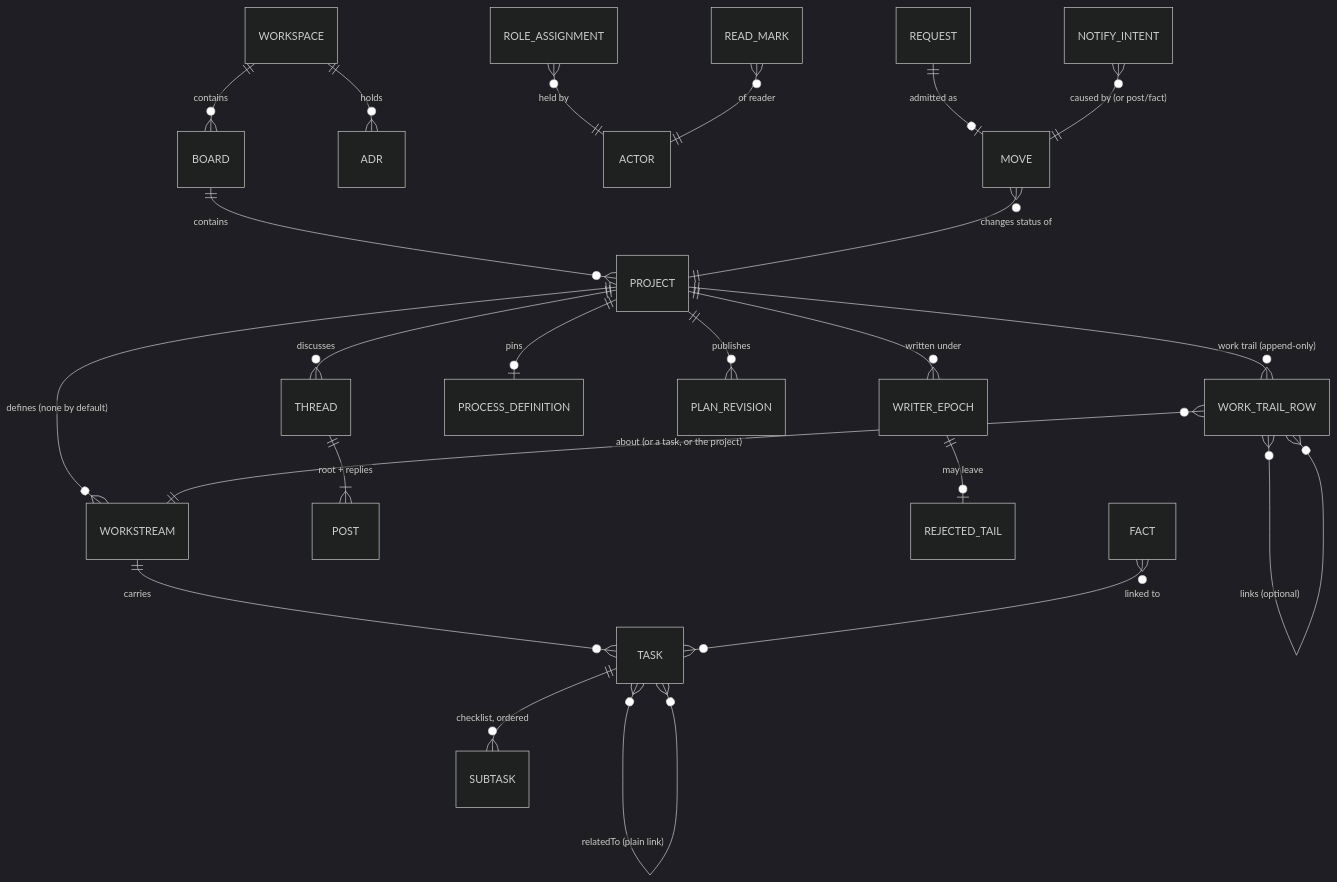
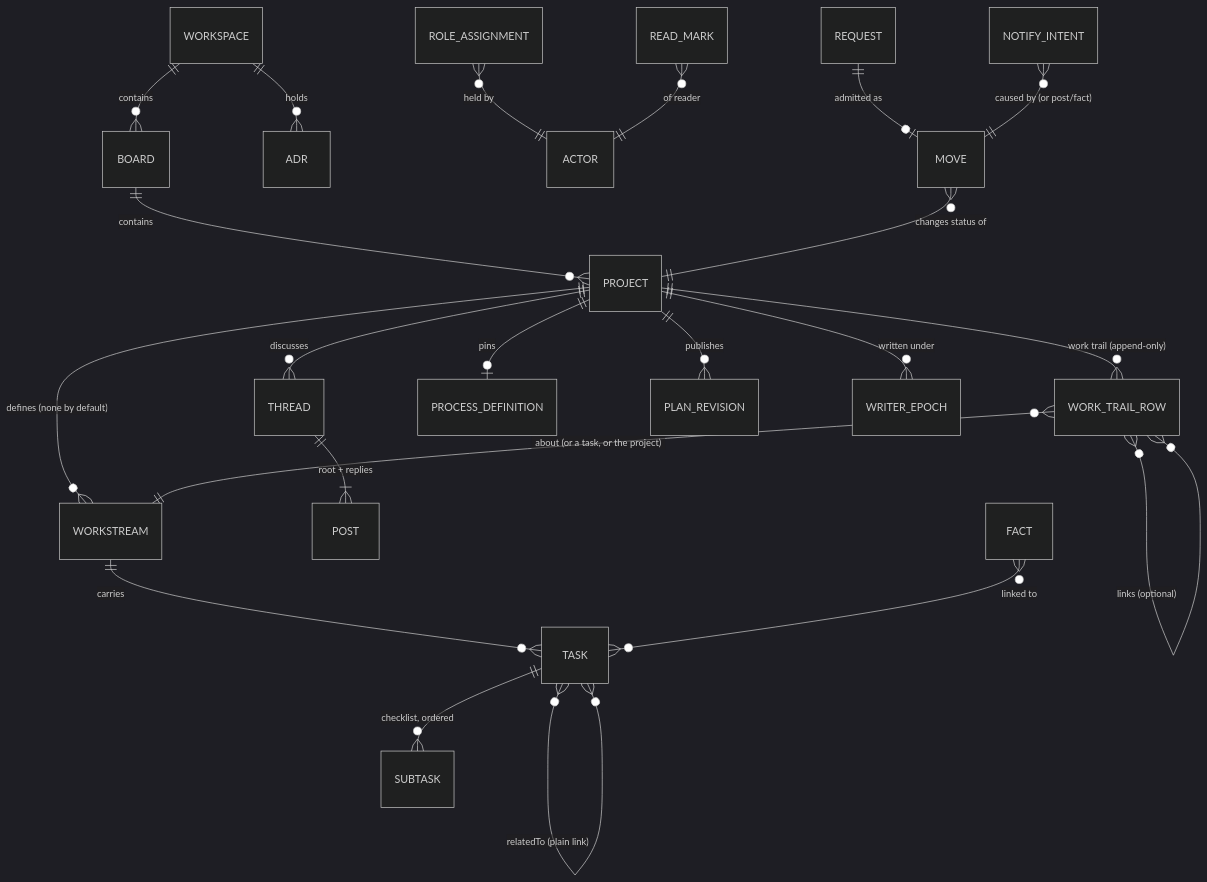
Before and after one commit to agent-collaboration/agent-collaboration: the second of 2 diagrams in docs/specs/2026-10-04-board-orchestration-design/spec-1-board-and-contracts.md, drawn with Mermaid (dark theme). The commit also changed other lines of this file and 13 other files, not shown here.

````diff
--- a/docs/specs/2026-10-04-board-orchestration-design/spec-1-board-and-contracts.md
+++ b/docs/specs/2026-10-04-board-orchestration-design/spec-1-board-and-contracts.md
@@ -71,26 +73,25 @@
 ```mermaid
 erDiagram
   WORKSPACE ||--o{ BOARD : contains
   WORKSPACE ||--o{ ADR : "holds"
   BOARD ||--o{ PROJECT : contains
   PROJECT ||--o{ WORKSTREAM : "defines (none by default)"
   WORKSTREAM ||--o{ TASK : carries
   TASK ||--o{ SUBTASK : "checklist, ordered"
   TASK }o--o{ TASK : "blockedBy (same project, acyclic)"
   TASK }o--o{ TASK : "relatedTo (plain link)"
   PROJECT ||--o{ WORK_TRAIL_ROW : "work trail (append-only)"
   WORK_TRAIL_ROW }o--|| WORKSTREAM : "about (or a task, or the project)"
   WORK_TRAIL_ROW }o--o{ WORK_TRAIL_ROW : "links (optional)"
   PROJECT ||--o{ THREAD : discusses
   THREAD ||--|{ POST : "root + replies"
   PROJECT ||--o| PROCESS_DEFINITION : pins
   PROJECT ||--o{ PLAN_REVISION : publishes
   PROJECT ||--o{ WRITER_EPOCH : "written under"
-  WRITER_EPOCH ||--o| REJECTED_TAIL : "may leave"
   ROLE_ASSIGNMENT }o--|| ACTOR : "held by"
   REQUEST ||--o| MOVE : "admitted as"
   MOVE }o--|| PROJECT : "changes status of"
   FACT }o--o{ TASK : "linked to"
   NOTIFY_INTENT }o--|| MOVE : "caused by (or post/fact)"
   READ_MARK }o--|| ACTOR : "of reader"
 ```
````
